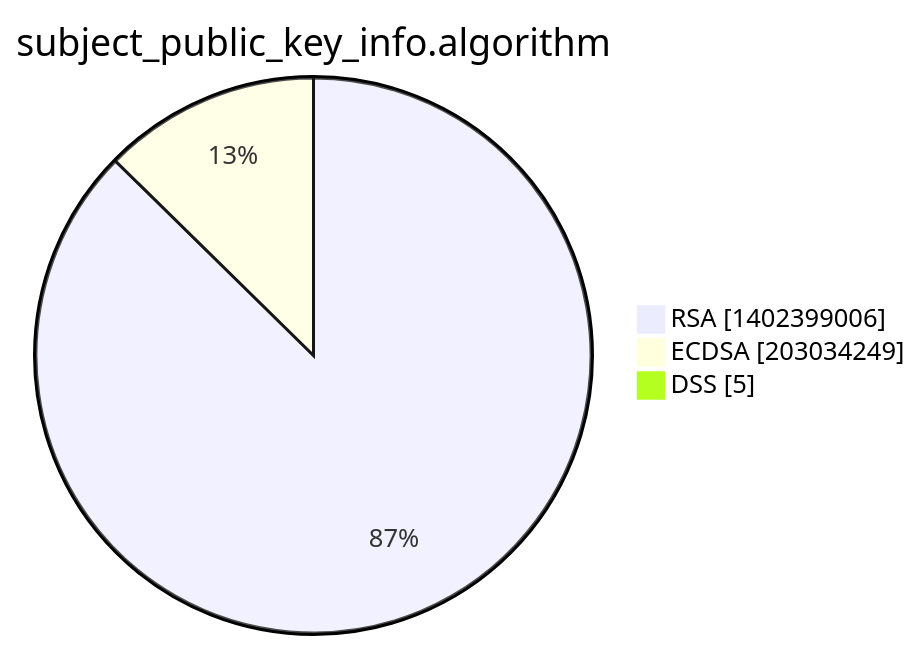
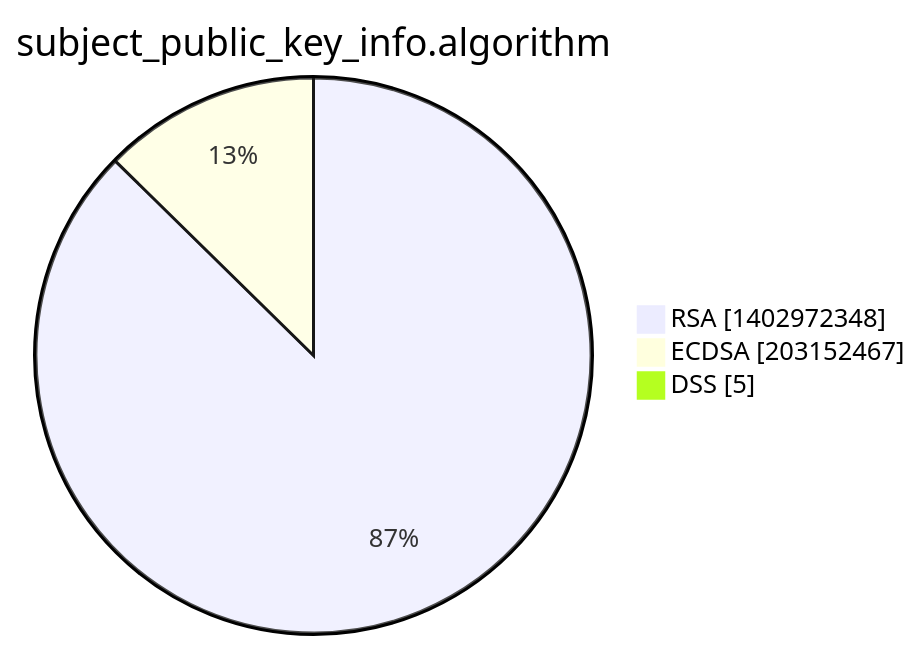
Before and after one commit to christiankrug/ctmonitor_visualization: the third of 15 diagrams in xenon2022/README.md, drawn with Mermaid. The commit also changed other lines of this file, not shown here.

````diff
--- a/xenon2022/README.md
+++ b/xenon2022/README.md
@@ -14,7 +14,7 @@
 ```mermaid
 pie showData
 title subject_public_key_info.algorithm
-"RSA" :1402399006
-"ECDSA" :203034249
+"RSA" :1402972348
+"ECDSA" :203152467
 "DSS" :5
 ```
````
